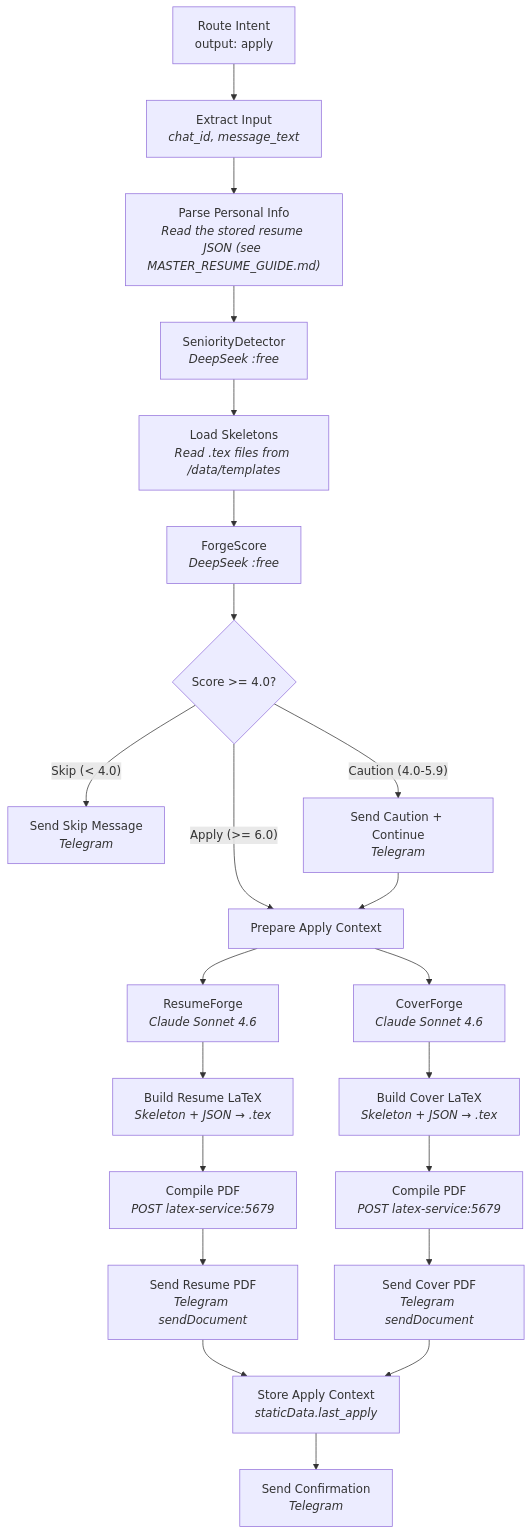
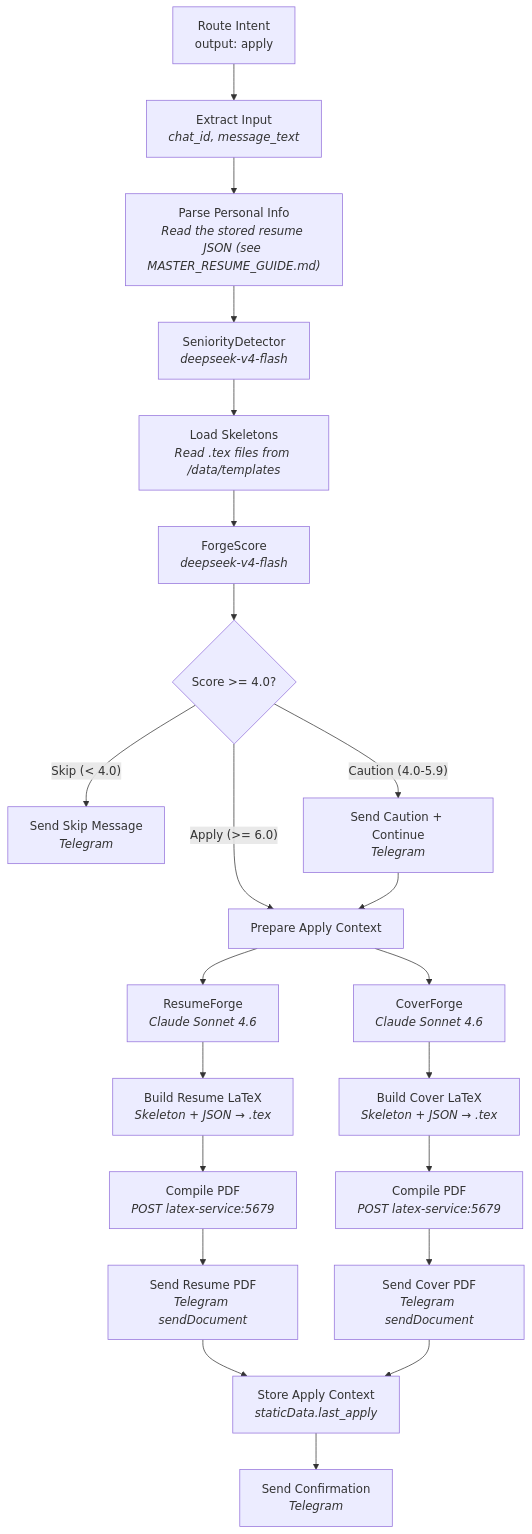
Before and after one commit to Career-Forge/n8n: the second of 4 diagrams in docs/ARCHITECTURE.md, drawn with Mermaid. The commit also changed other lines of this file and 8 other files, not shown here.

````diff
--- a/docs/ARCHITECTURE.md
+++ b/docs/ARCHITECTURE.md
@@ -48,30 +48,30 @@
 ```mermaid
 flowchart TD
     START["Route Intent<br/>output: apply"] --> EXTRACT["Extract Input<br/><i>chat_id, message_text</i>"]
     EXTRACT --> PARSE["Parse Personal Info<br/><i>Read the stored resume JSON (see MASTER_RESUME_GUIDE.md)</i>"]
-    PARSE --> SENIORITY["SeniorityDetector<br/><i>DeepSeek :free</i>"]
+    PARSE --> SENIORITY["SeniorityDetector<br/><i>deepseek-v4-flash</i>"]
     SENIORITY --> LOAD["Load Skeletons<br/><i>Read .tex files from /data/templates</i>"]
-    LOAD --> FORGESCORE["ForgeScore<br/><i>DeepSeek :free</i>"]
+    LOAD --> FORGESCORE["ForgeScore<br/><i>deepseek-v4-flash</i>"]
     FORGESCORE --> GATE{"Score >= 4.0?"}
 
     GATE -->|"Skip (< 4.0)"| SKIP_MSG["Send Skip Message<br/><i>Telegram</i>"]
     GATE -->|"Caution (4.0-5.9)"| CAUTION_MSG["Send Caution + Continue<br/><i>Telegram</i>"]
     GATE -->|"Apply (>= 6.0)"| PREP["Prepare Apply Context"]
     CAUTION_MSG --> PREP
 
     PREP --> RESUME_FORGE["ResumeForge<br/><i>Claude Sonnet 4.6</i>"]
     PREP --> COVER_FORGE["CoverForge<br/><i>Claude Sonnet 4.6</i>"]
 
     RESUME_FORGE --> BUILD_R["Build Resume LaTeX<br/><i>Skeleton + JSON → .tex</i>"]
     COVER_FORGE --> BUILD_C["Build Cover LaTeX<br/><i>Skeleton + JSON → .tex</i>"]
 
     BUILD_R --> COMPILE_R["Compile PDF<br/><i>POST latex-service:5679</i>"]
     BUILD_C --> COMPILE_C["Compile PDF<br/><i>POST latex-service:5679</i>"]
 
     COMPILE_R --> SEND_R["Send Resume PDF<br/><i>Telegram sendDocument</i>"]
     COMPILE_C --> SEND_C["Send Cover PDF<br/><i>Telegram sendDocument</i>"]
 
     SEND_R --> STORE["Store Apply Context<br/><i>staticData.last_apply</i>"]
     SEND_C --> STORE
     STORE --> DONE["Send Confirmation<br/><i>Telegram</i>"]
 ```
````
